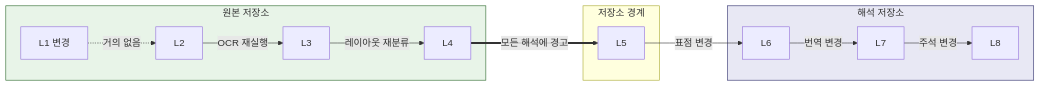
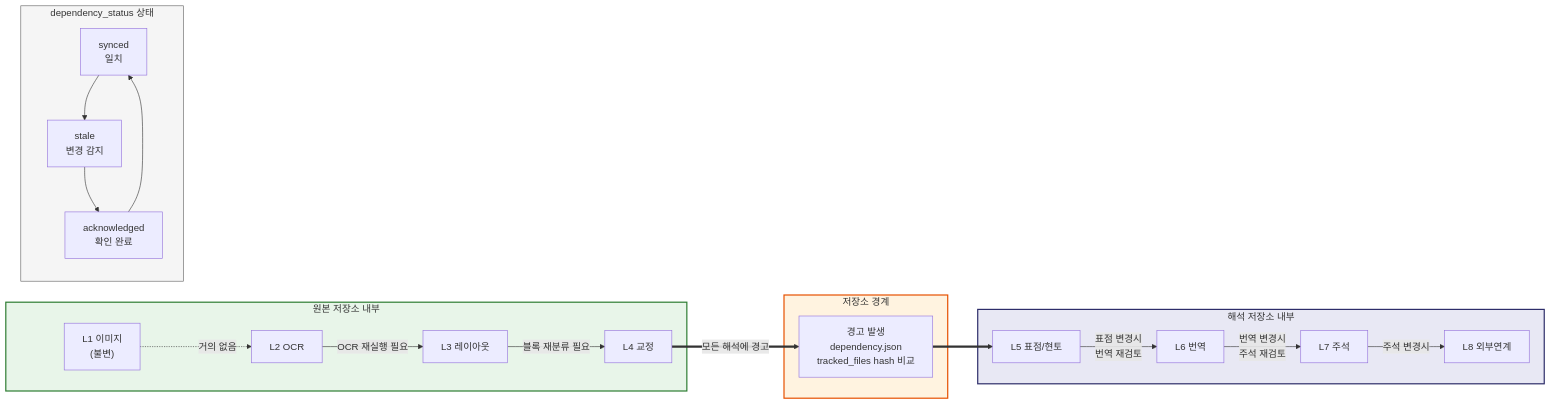
Before and after one commit to hw725/classical-text-browser: the tenth of 12 diagrams in docs/architecture-diagrams.md, drawn with Mermaid. The commit also changed other lines of this file and 2 other files, not shown here.

First line of the commit message:
docs: 아키텍처/스키마 문서 Mermaid 다이어그램으로 전면 재작성

````diff
--- a/docs/architecture-diagrams.md
+++ b/docs/architecture-diagrams.md
@@ -249,21 +746,44 @@
 ```mermaid
 flowchart LR
-  subgraph source["원본 저장소"]
-    s1["L1 변경"] -.->|거의 없음| s2["L2"]
-    s2 -->|OCR 재실행| s3["L3"]
-    s3 -->|레이아웃 재분류| s4["L4"]
+  subgraph source["원본 저장소 내부"]
+    s1["L1 이미지<br/>(불변)"]
+    s2["L2 OCR"]
+    s3["L3 레이아웃"]
+    s4["L4 교정"]
+    s1 -.->|거의 없음| s2
+    s2 -->|OCR 재실행 필요| s3
+    s3 -->|블록 재분류 필요| s4
   end
 
   subgraph boundary["저장소 경계"]
-    s4 ==>|모든 해석에 경고| i5
+    warn["경고 발생<br/>dependency.json<br/>tracked_files hash 비교"]
   end
 
-  subgraph interp["해석 저장소"]
-    i5["L5"] -->|표점 변경| i6["L6"]
-    i6 -->|번역 변경| i7["L7"]
-    i7 -->|주석 변경| i8["L8"]
+  subgraph interp["해석 저장소 내부"]
+    i5["L5 표점/현토"]
+    i6["L6 번역"]
+    i7["L7 주석"]
+    i8["L8 외부연계"]
+    i5 -->|표점 변경시<br/>번역 재검토| i6
+    i6 -->|번역 변경시<br/>주석 재검토| i7
+    i7 -->|주석 변경시| i8
   end
 
-  style source fill:#e8f4e8,stroke:#2d6a2d
-  style interp fill:#e8e8f4,stroke:#2d2d6a
+  s4 ==>|모든 해석에 경고| warn
+  warn ==> i5
+
+  subgraph status["dependency_status 상태"]
+    direction TB
+    synced["synced<br/>일치"]
+    stale["stale<br/>변경 감지"]
+    ack["acknowledged<br/>확인 완료"]
+    synced --> stale
+    stale --> ack
+    ack --> synced
+  end
+
+  style source fill:#e8f5e9,stroke:#2e7d32,stroke-width:2px
+  style boundary fill:#fff3e0,stroke:#e65100,stroke-width:2px
+  style interp fill:#e8e8f4,stroke:#2d2d6a,stroke-width:2px
+  style status fill:#f5f5f5,stroke:#616161,stroke-width:1px
 ```
````
